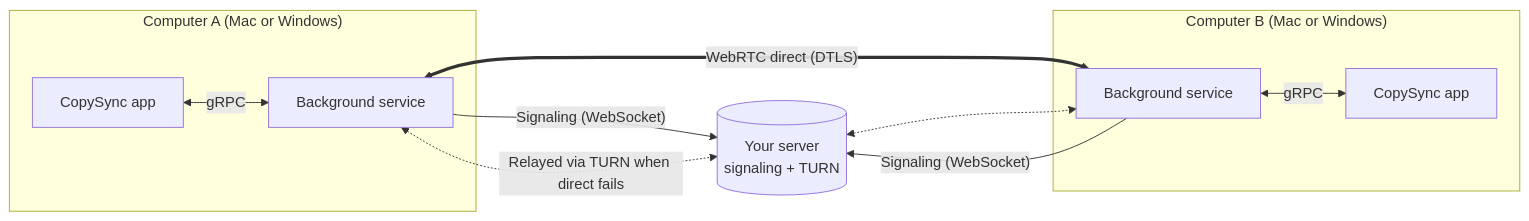
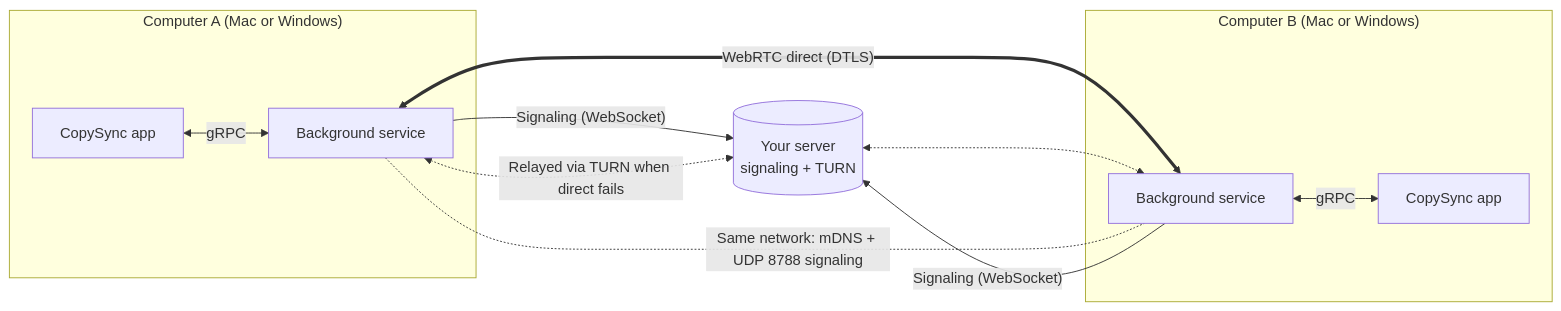
The diagram in guide/how-it-works.md (baiyuze/copysync), drawn with Mermaid before and after one commit. The commit also changed other lines of this file and 11 other files, not shown here.

````diff
--- a/guide/how-it-works.md
+++ b/guide/how-it-works.md
@@ -9,15 +9,16 @@
 ```mermaid
 flowchart LR
     subgraph A["Computer A (Mac or Windows)"]
         UA["CopySync app"] <-- "gRPC" --> DA["Background service"]
     end
     subgraph B["Computer B (Mac or Windows)"]
         DB["Background service"] <-- "gRPC" --> UB["CopySync app"]
     end
     S[("Your server\nsignaling + TURN")]
     DA -- "Signaling (WebSocket)" --> S
     DB -- "Signaling (WebSocket)" --> S
     DA <== "WebRTC direct (DTLS)" ==> DB
     DA <-. "Relayed via TURN when direct fails" .-> S
     S <-.-> DB
+    DA -. "Same network: mDNS + UDP 8788 signaling" .- DB
 ```
````
